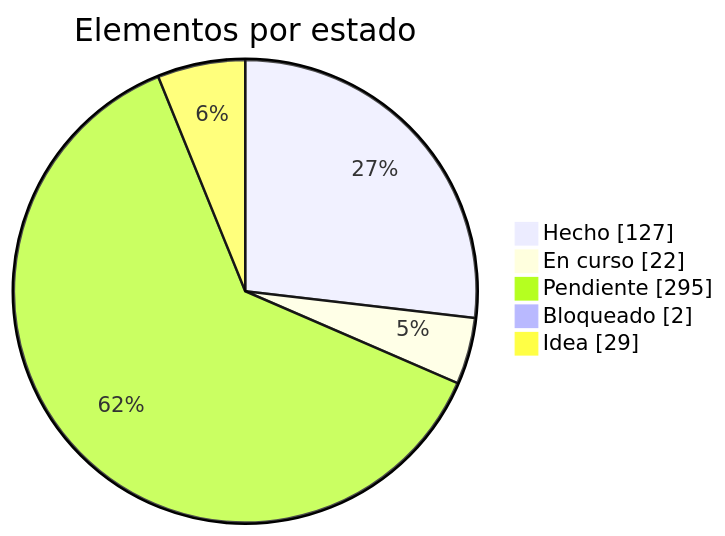
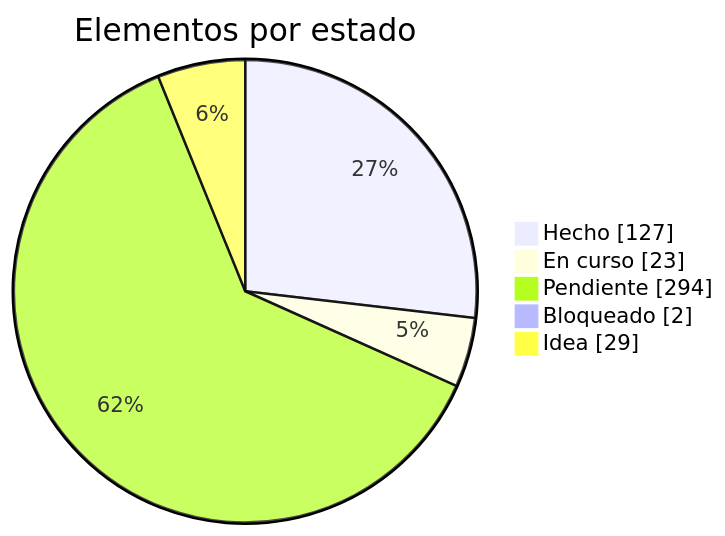
One commit to dariogea/BM27 changed the first of 2 diagrams in docs/roadmap.md. Above: the diagram before and after it, drawn with Mermaid. The commit also changed other lines of this file and 13 other files, not shown here.

````diff
--- a/docs/roadmap.md
+++ b/docs/roadmap.md
@@ -13,8 +13,8 @@
 ```mermaid
 pie showData title Elementos por estado
   "Hecho" : 127
-  "En curso" : 22
-  "Pendiente" : 295
+  "En curso" : 23
+  "Pendiente" : 294
   "Bloqueado" : 2
   "Idea" : 29
 ```
````
